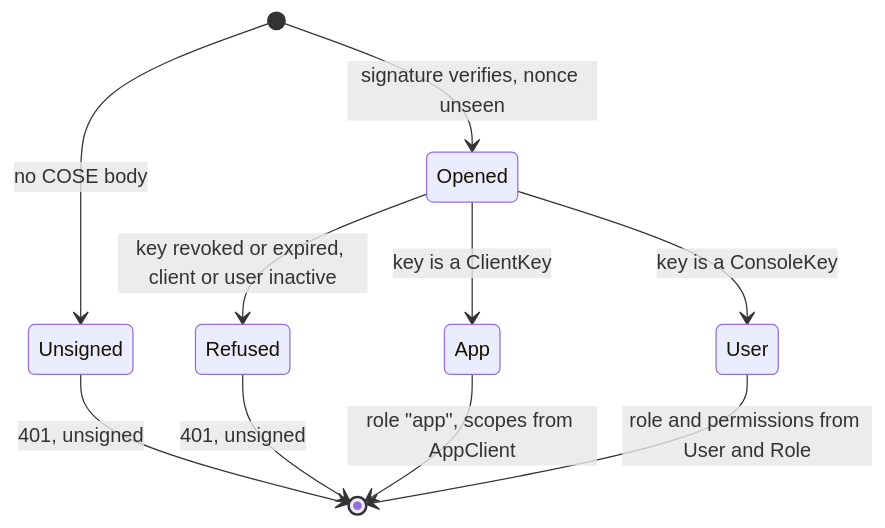
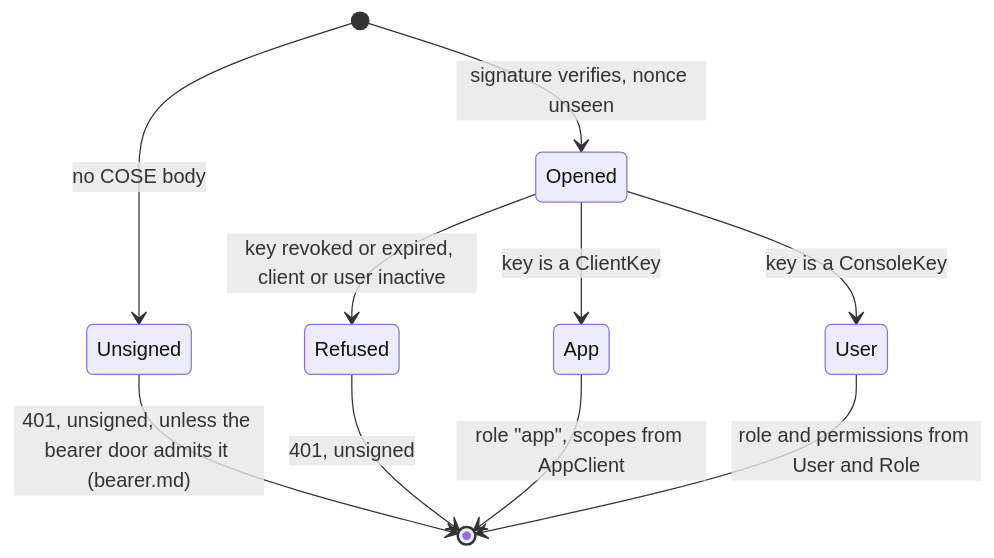
One commit to vaam-apps/vsms changed the second of 2 diagrams in backends/crates/sms-api/src/auth.md. Above: the diagram before and after it, drawn with Mermaid. The commit also changed other lines of this file and 54 other files, not shown here.

````diff
--- a/backends/crates/sms-api/src/auth.md
+++ b/backends/crates/sms-api/src/auth.md
@@ -37,12 +47,12 @@
 ```mermaid
 stateDiagram-v2
     [*] --> Unsigned: no COSE body
-    Unsigned --> [*]: 401, unsigned
+    Unsigned --> [*]: 401, unsigned, unless the bearer door admits it (bearer.md)
     [*] --> Opened: signature verifies, nonce unseen
     Opened --> Refused: key revoked or expired, client or user inactive
     Refused --> [*]: 401, unsigned
     Opened --> App: key is a ClientKey
     Opened --> User: key is a ConsoleKey
     App --> [*]: role "app", scopes from AppClient
     User --> [*]: role and permissions from User and Role
 ```
````
